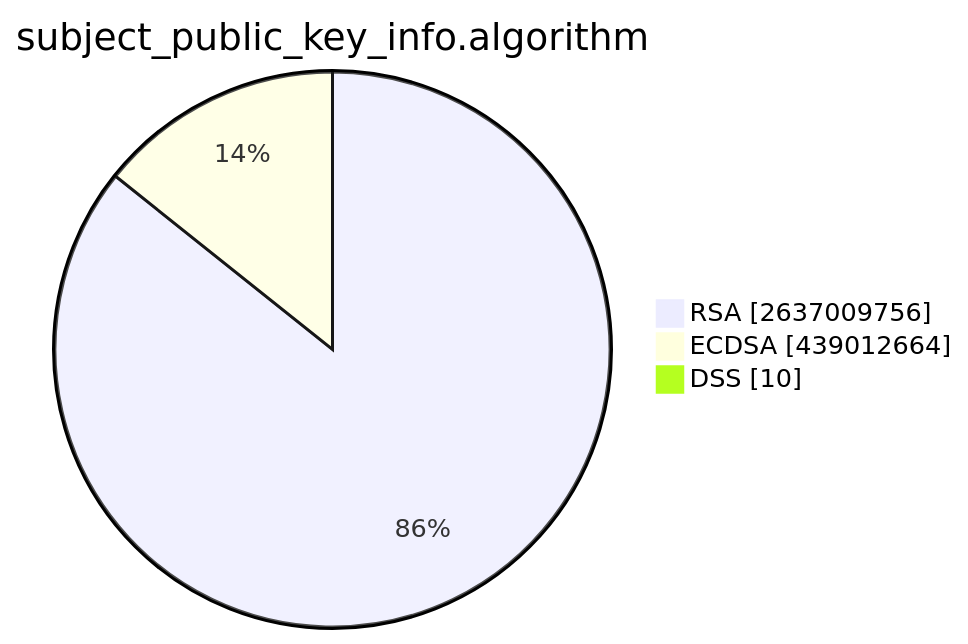
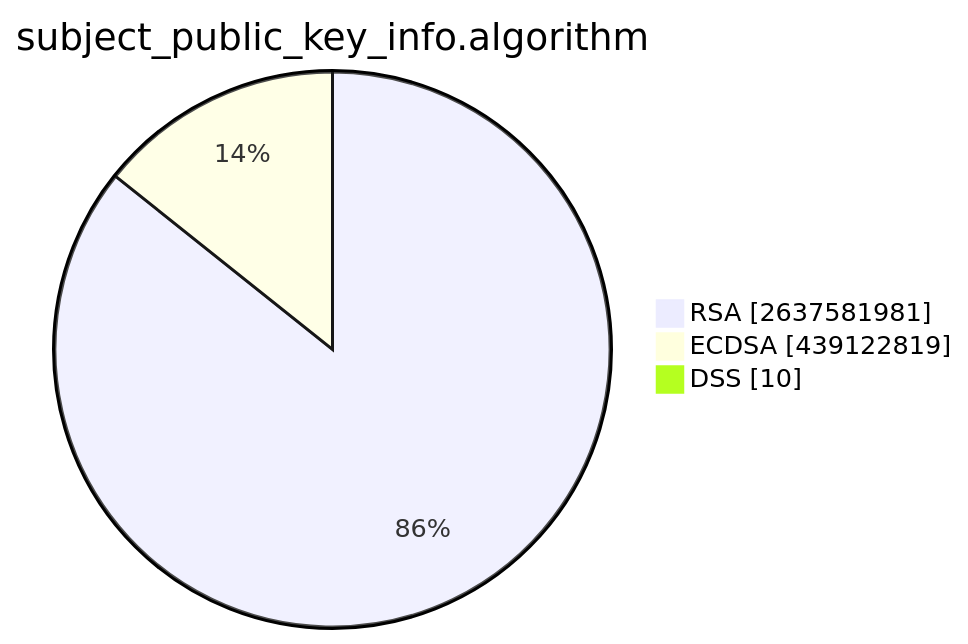
One commit to christiankrug/ctmonitor_visualization changed the second of 15 diagrams in TOTAL/README.md. Above: the diagram before and after it, drawn with Mermaid. The commit also changed other lines of this file, not shown here.

````diff
--- a/TOTAL/README.md
+++ b/TOTAL/README.md
@@ -6,7 +6,7 @@
 ```mermaid
 pie showData
 title subject_public_key_info.algorithm
-"RSA" :2637009756
-"ECDSA" :439012664
+"RSA" :2637581981
+"ECDSA" :439122819
 "DSS" :10
 ```
````
